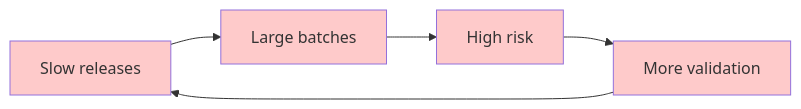
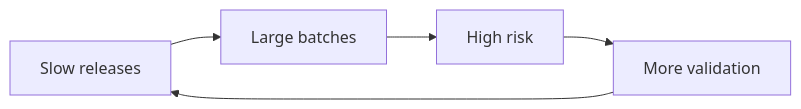
The second of 2 diagrams in docs/explanation/everything-as-code/compliance-velocity-paradox.md (ready-to-release/eac), drawn with Mermaid before and after one commit. The commit also changed other lines of this file and 28 other files, not shown here.

````diff
--- a/docs/explanation/everything-as-code/compliance-velocity-paradox.md
+++ b/docs/explanation/everything-as-code/compliance-velocity-paradox.md
@@ -228,11 +219,7 @@
 ```mermaid
 flowchart LR
     A[Slow releases] --> B[Large batches]
     B --> C[High risk]
     C --> D[More validation]
     D --> A
-    style A fill:#fecaca
-    style B fill:#fecaca
-    style C fill:#fecaca
-    style D fill:#fecaca
 ```
````
